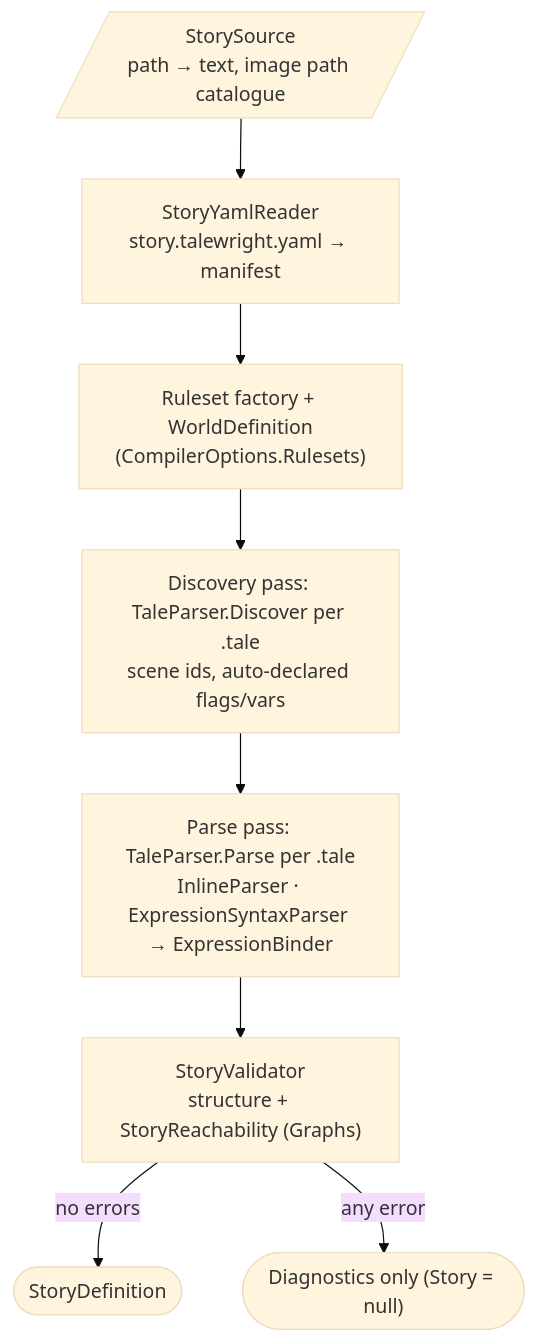
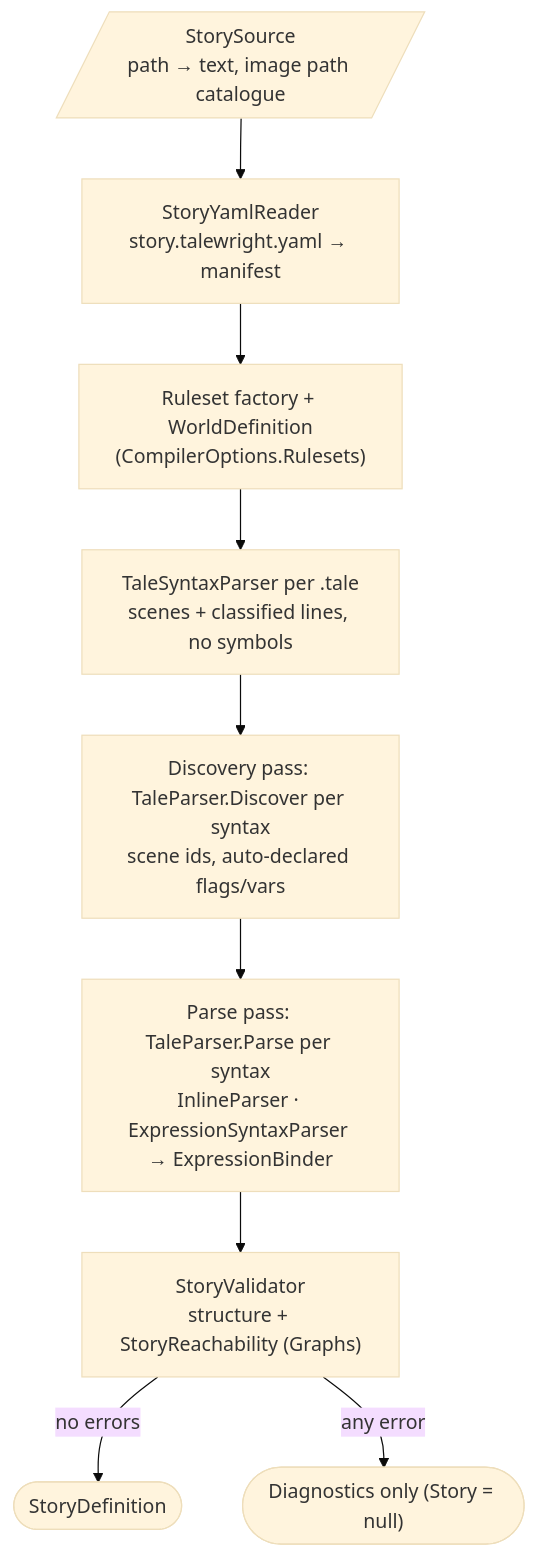
One commit to squid-farm/talewright changed the third of 6 diagrams in docs/developer/architecture.md. Above: the diagram before and after it, drawn with Mermaid (base theme). The commit also changed other lines of this file and 7 other files, not shown here.

First line of the commit message:
talemark: add file and scene syntax layer (#407, part 1/2)

````diff
--- a/docs/developer/architecture.md
+++ b/docs/developer/architecture.md
@@ -330,14 +330,15 @@
 ```mermaid
 flowchart TD
   src[/"StorySource<br/>path → text, image path catalogue"/]
   yaml["StoryYamlReader<br/>story.talewright.yaml → manifest"]
   world["Ruleset factory + WorldDefinition<br/>(CompilerOptions.Rulesets)"]
-  disc["Discovery pass: TaleParser.Discover per .tale<br/>scene ids, auto-declared flags/vars"]
-  parse["Parse pass: TaleParser.Parse per .tale<br/>InlineParser · ExpressionSyntaxParser → ExpressionBinder"]
+  syn["TaleSyntaxParser per .tale<br/>scenes + classified lines, no symbols"]
+  disc["Discovery pass: TaleParser.Discover per syntax<br/>scene ids, auto-declared flags/vars"]
+  parse["Parse pass: TaleParser.Parse per syntax<br/>InlineParser · ExpressionSyntaxParser → ExpressionBinder"]
   val["StoryValidator<br/>structure + StoryReachability (Graphs)"]
   ok(["StoryDefinition"])
   err(["Diagnostics only (Story = null)"])
-  src --> yaml --> world --> disc --> parse --> val
+  src --> yaml --> world --> syn --> disc --> parse --> val
   val -- "no errors" --> ok
   val -- "any error" --> err
 ```
````
